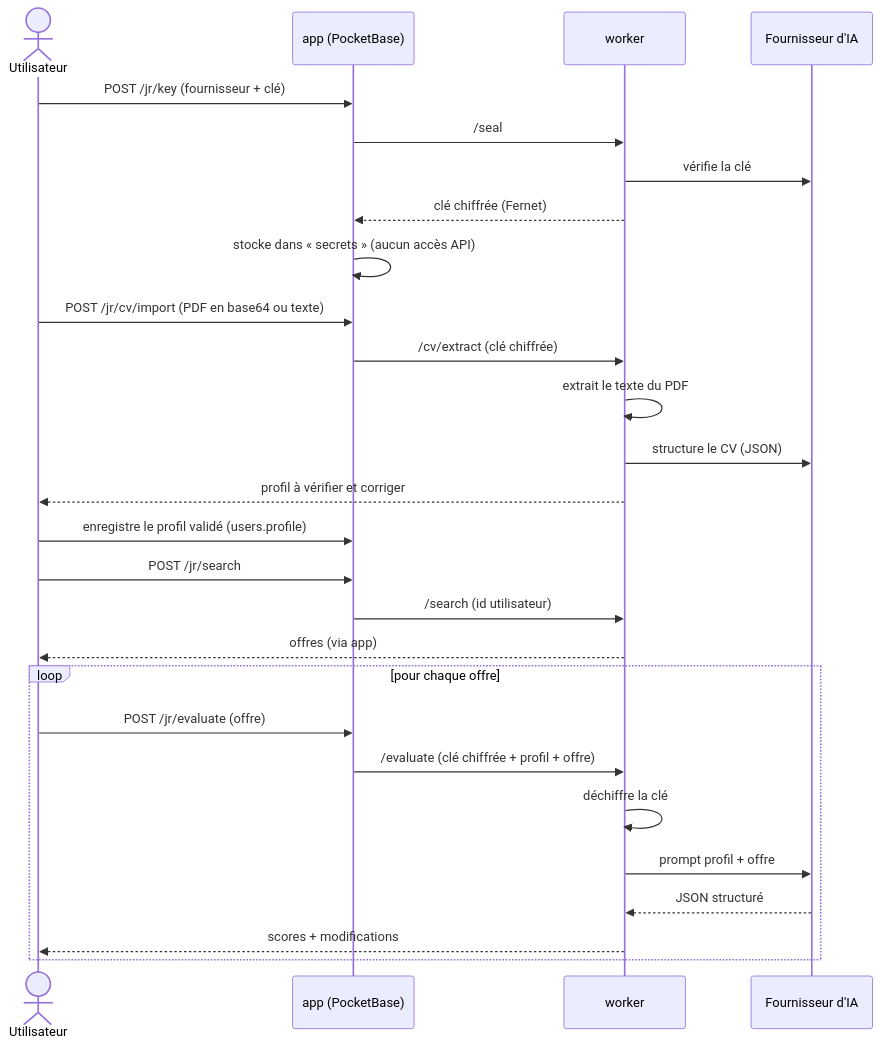
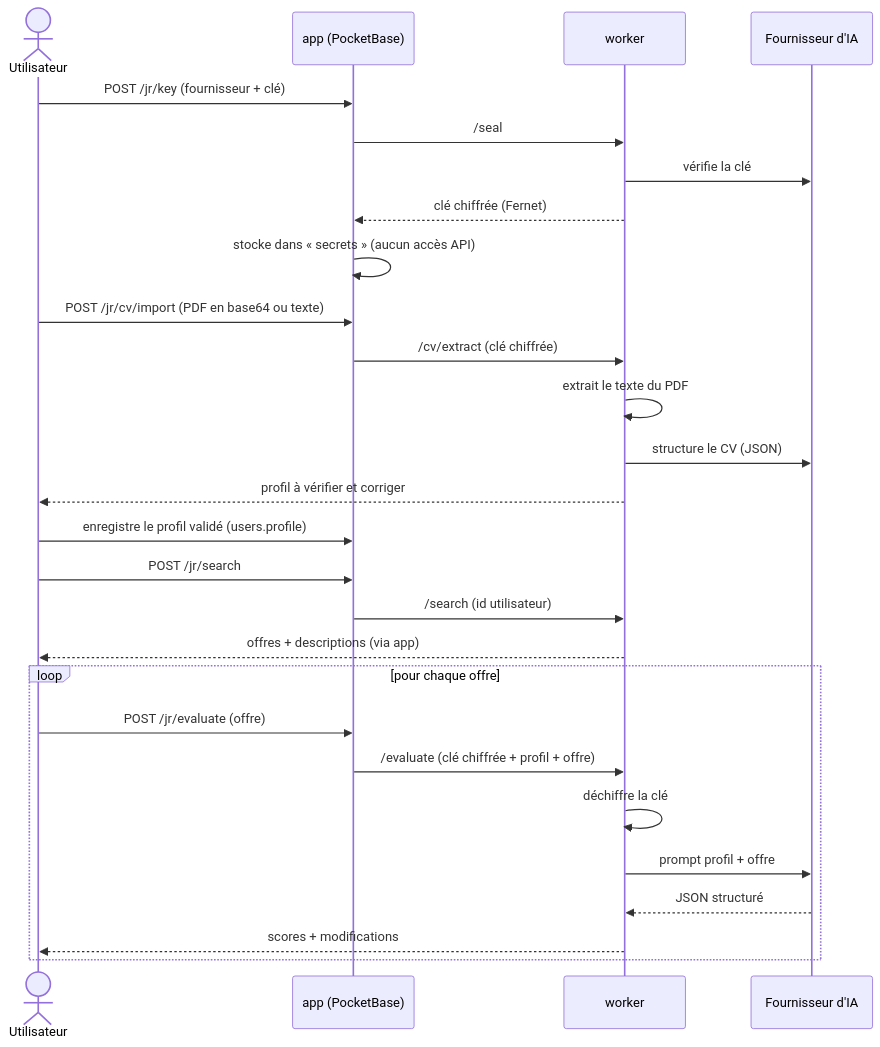
Before and after one commit to LilyanLefevre/JobRadar: the second of 3 diagrams in README.md, drawn with Mermaid. The commit also changed other lines of this file and 12 other files, not shown here.

````diff
--- a/README.md
+++ b/README.md
@@ -55,33 +55,33 @@
 ```mermaid
 sequenceDiagram
     actor U as Utilisateur
     participant A as app (PocketBase)
     participant W as worker
     participant IA as Fournisseur d'IA
 
     U->>A: POST /jr/key (fournisseur + clé)
     A->>W: /seal
     W->>IA: vérifie la clé
     W-->>A: clé chiffrée (Fernet)
     A->>A: stocke dans « secrets » (aucun accès API)
 
     U->>A: POST /jr/cv/import (PDF en base64 ou texte)
     A->>W: /cv/extract (clé chiffrée)
     W->>W: extrait le texte du PDF
     W->>IA: structure le CV (JSON)
     W-->>U: profil à vérifier et corriger
     U->>A: enregistre le profil validé (users.profile)
 
     U->>A: POST /jr/search
     A->>W: /search (id utilisateur)
-    W-->>U: offres (via app)
+    W-->>U: offres + descriptions (via app)
 
     loop pour chaque offre
         U->>A: POST /jr/evaluate (offre)
         A->>W: /evaluate (clé chiffrée + profil + offre)
         W->>W: déchiffre la clé
         W->>IA: prompt profil + offre
         IA-->>W: JSON structuré
         W-->>U: scores + modifications
     end
 ```
````
